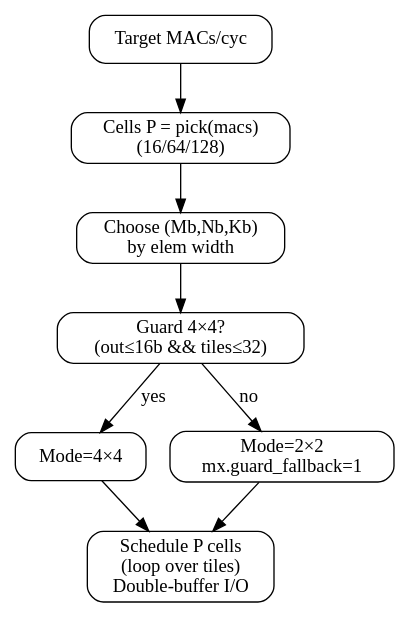
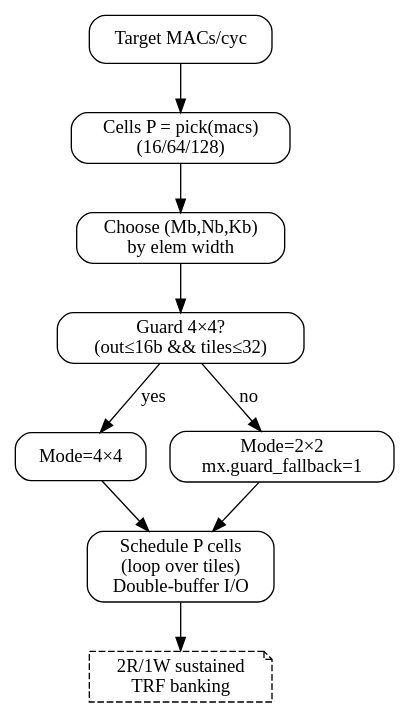
One commit to trustfarm/RISCV-Contributions changed the diagram in AME/scaling-policy-flow.dot. Above: the diagram before and after it, drawn with Graphviz. The commit also changed 4 other files, not shown here.

```diff
--- a/AME/scaling-policy-flow.dot
+++ b/AME/scaling-policy-flow.dot
@@ -1,14 +1,16 @@
 // **Scaling Policy Flow:** This diagram illustrates how the compiler/runtime selects the tiling mode and parallel cell count for GEMM workloads based on throughput targets and datatype constraints.
 digraph ScalingPolicy {
   rankdir=TB; node [shape=box, style=rounded];
   P[label="Target MACs/cyc"];
   C[label="Cells P = pick(macs)\n(16/64/128)"];
   W[label="Choose (Mb,Nb,Kb)\nby elem width"];
   G[label="Guard 4×4?\n(out≤16b && tiles≤32)"];
   M[label="Mode=4×4"];
   F[label="Mode=2×2\nmx.guard_fallback=1"];
   S[label="Schedule P cells\n(loop over tiles)\nDouble-buffer I/O"];
   P->C->W->G;
   G->M[label="yes"]; G->F[label="no"];
   M->S; F->S;
+  note[label="2R/1W sustained\nTRF banking", shape=note, style=dashed]
+  S->note;
 }
```
